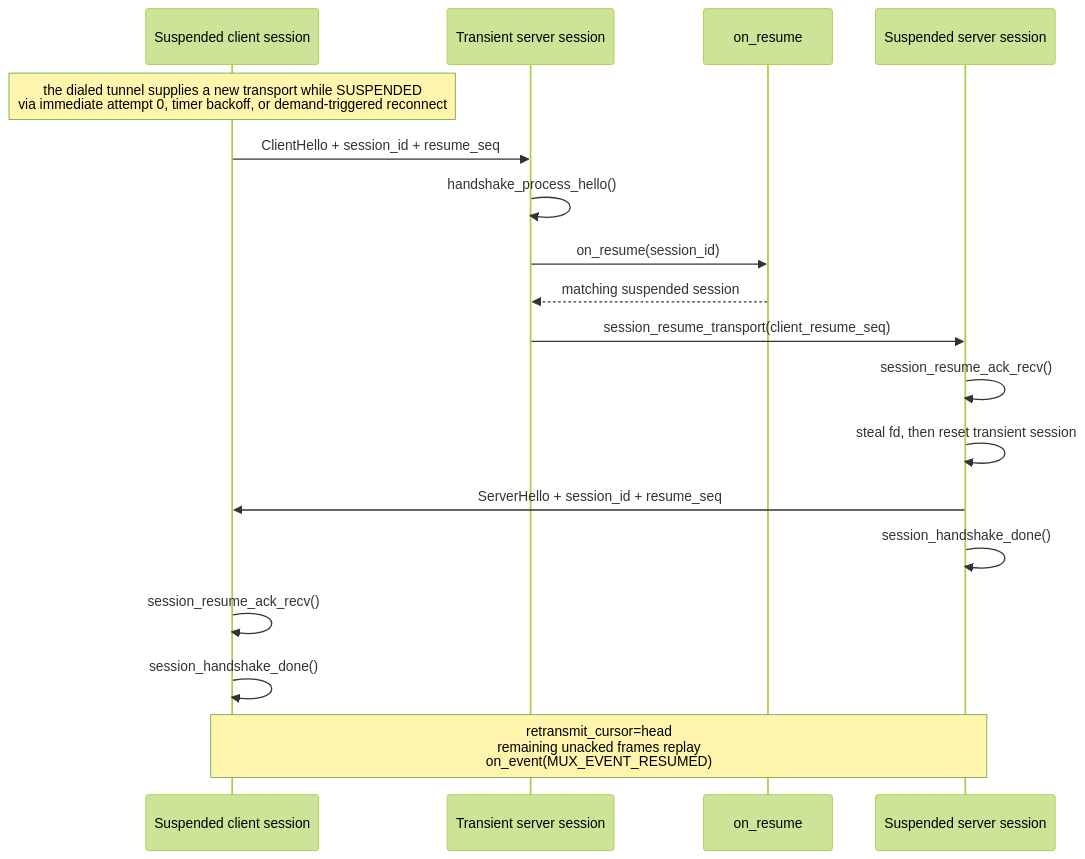
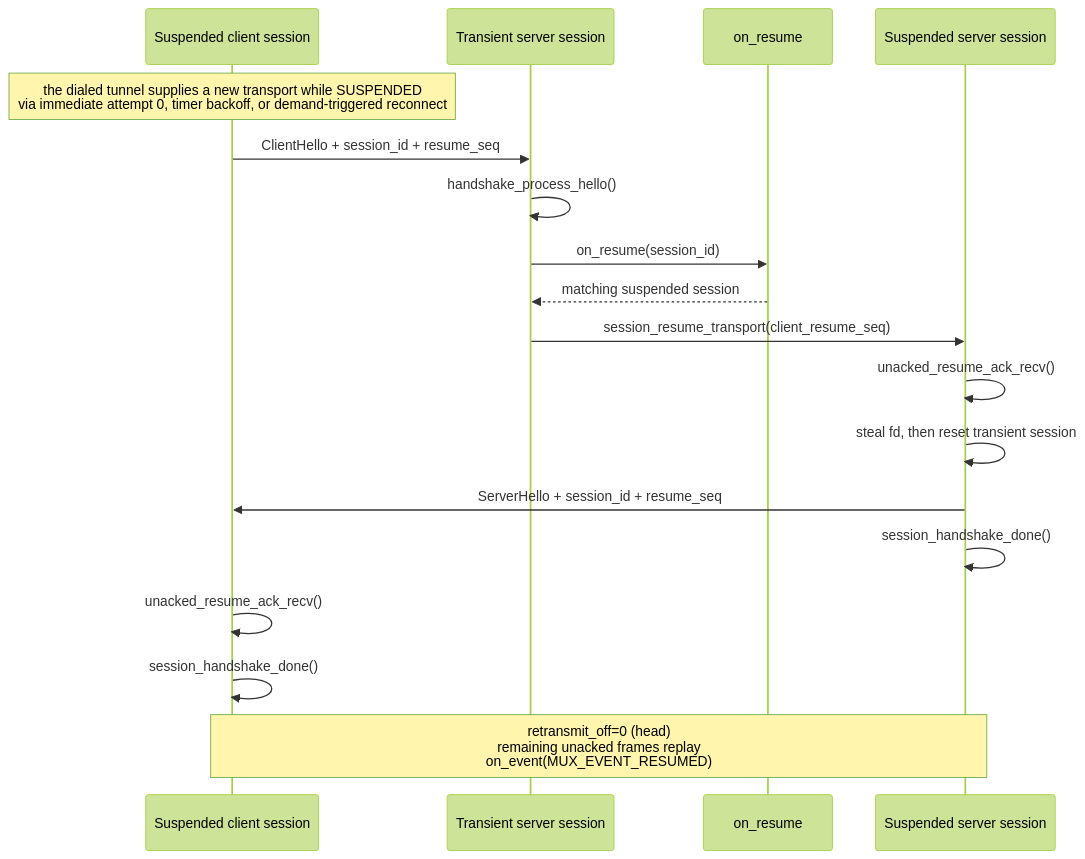
Before and after one commit to hexian000/multiplexd: the seventh of 19 diagrams in doc/impl.md, drawn with Mermaid (forest theme). The commit also changed other lines of this file and 112 other files, not shown here.

````diff
--- a/doc/impl.md
+++ b/doc/impl.md
@@ -321,21 +376,21 @@
 ```mermaid
 sequenceDiagram
   participant Client as Suspended client session
   participant Transient as Transient server session
   participant Lookup as on_resume
   participant Suspended as Suspended server session
 
   Note over Client: the dialed tunnel supplies a new transport while SUSPENDED<br/>via immediate attempt 0, timer backoff, or demand-triggered reconnect
   Client->>Transient: ClientHello + session_id + resume_seq
   Transient->>Transient: handshake_process_hello()
   Transient->>Lookup: on_resume(session_id)
   Lookup-->>Transient: matching suspended session
   Transient->>Suspended: session_resume_transport(client_resume_seq)
-  Suspended->>Suspended: session_resume_ack_recv()
+  Suspended->>Suspended: unacked_resume_ack_recv()
   Suspended->>Suspended: steal fd, then reset transient session
   Suspended->>Client: ServerHello + session_id + resume_seq
   Suspended->>Suspended: session_handshake_done()
-  Client->>Client: session_resume_ack_recv()
+  Client->>Client: unacked_resume_ack_recv()
   Client->>Client: session_handshake_done()
-  Note over Client,Suspended: retransmit_cursor=head<br/>remaining unacked frames replay<br/>on_event(MUX_EVENT_RESUMED)
+  Note over Client,Suspended: retransmit_off=0 (head)<br/>remaining unacked frames replay<br/>on_event(MUX_EVENT_RESUMED)
 ```
````
